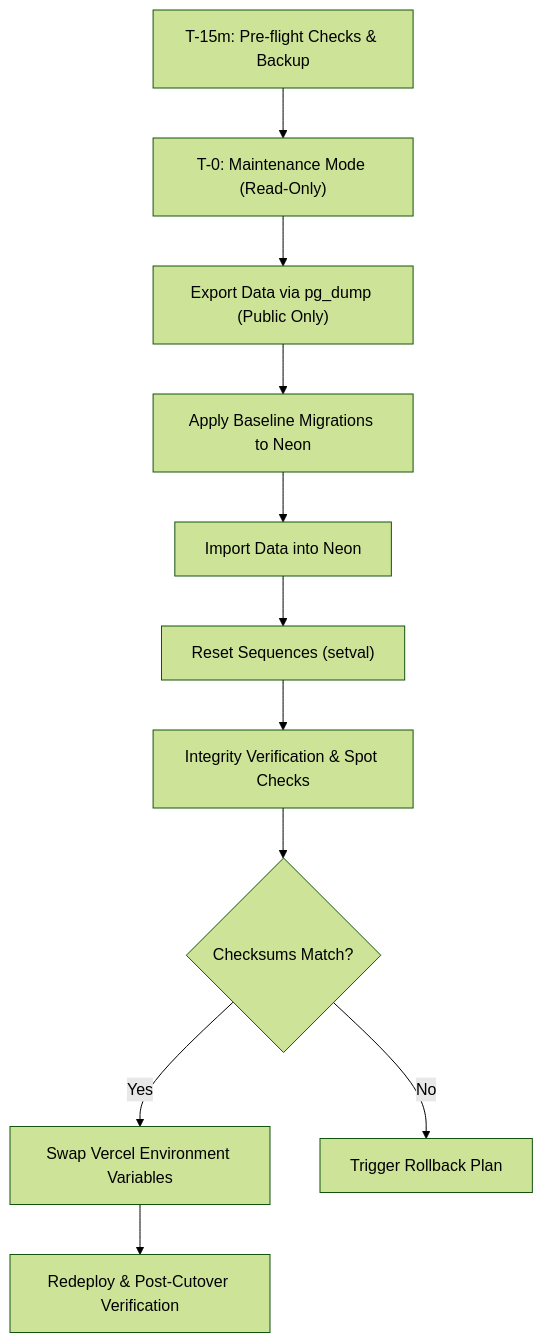
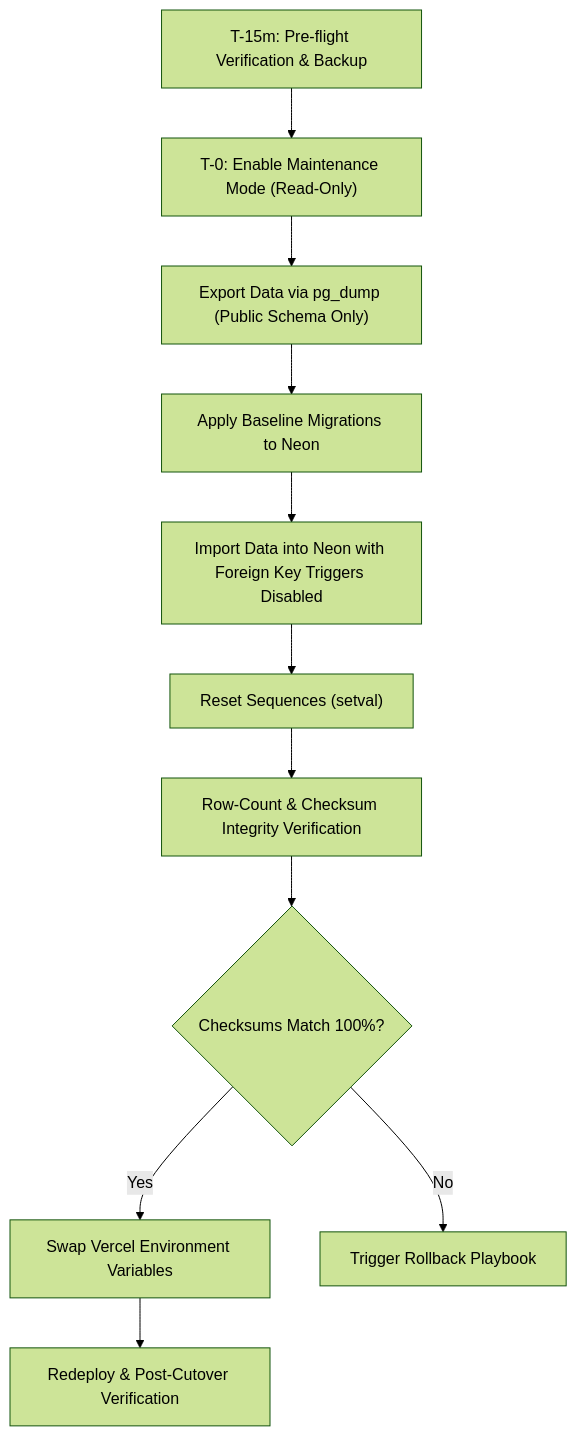
Before and after one commit to Stellar-VaultLink/invofi: the diagram in docs/database-migration-runbook.md, drawn with Mermaid (forest theme). The commit also changed other lines of this file, not shown here.

Commit message:
docs(database): add table checksum verification, all 11 tables, and entity spot-checks (closes #379)

````diff
--- a/docs/database-migration-runbook.md
+++ b/docs/database-migration-runbook.md
@@ -68,13 +80,13 @@
 ```mermaid
 flowchart TD
-    A["T-15m: Pre-flight Checks & Backup"] --> B["T-0: Maintenance Mode (Read-Only)"]
-    B --> C["Export Data via pg_dump (Public Only)"]
+    A["T-15m: Pre-flight Verification & Backup"] --> B["T-0: Enable Maintenance Mode (Read-Only)"]
+    B --> C["Export Data via pg_dump (Public Schema Only)"]
     C --> D["Apply Baseline Migrations to Neon"]
-    D --> E["Import Data into Neon"]
+    D --> E["Import Data into Neon with Foreign Key Triggers Disabled"]
     E --> F["Reset Sequences (setval)"]
-    F --> G["Integrity Verification & Spot Checks"]
-    G --> H{"Checksums Match?"}
+    F --> G["Row-Count & Checksum Integrity Verification"]
+    G --> H{"Checksums Match 100%?"}
     H -- Yes --> I["Swap Vercel Environment Variables"]
     I --> J["Redeploy & Post-Cutover Verification"]
-    H -- No --> K["Trigger Rollback Plan"]
+    H -- No --> K["Trigger Rollback Playbook"]
 ```
````
